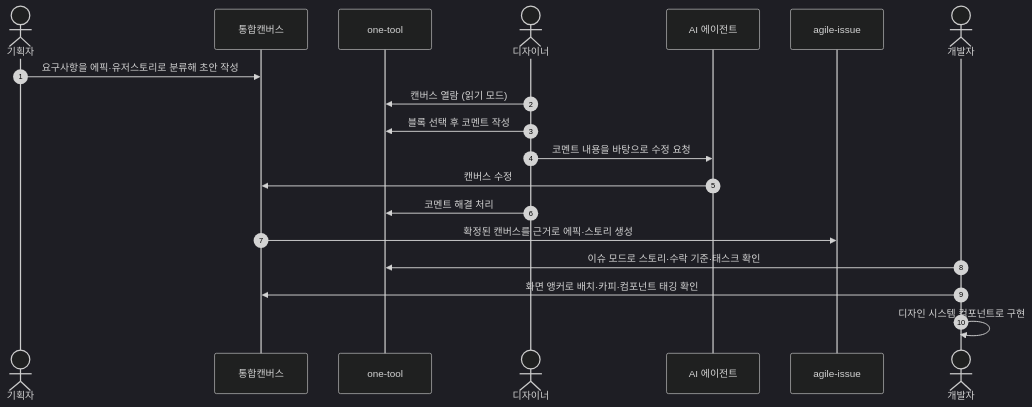
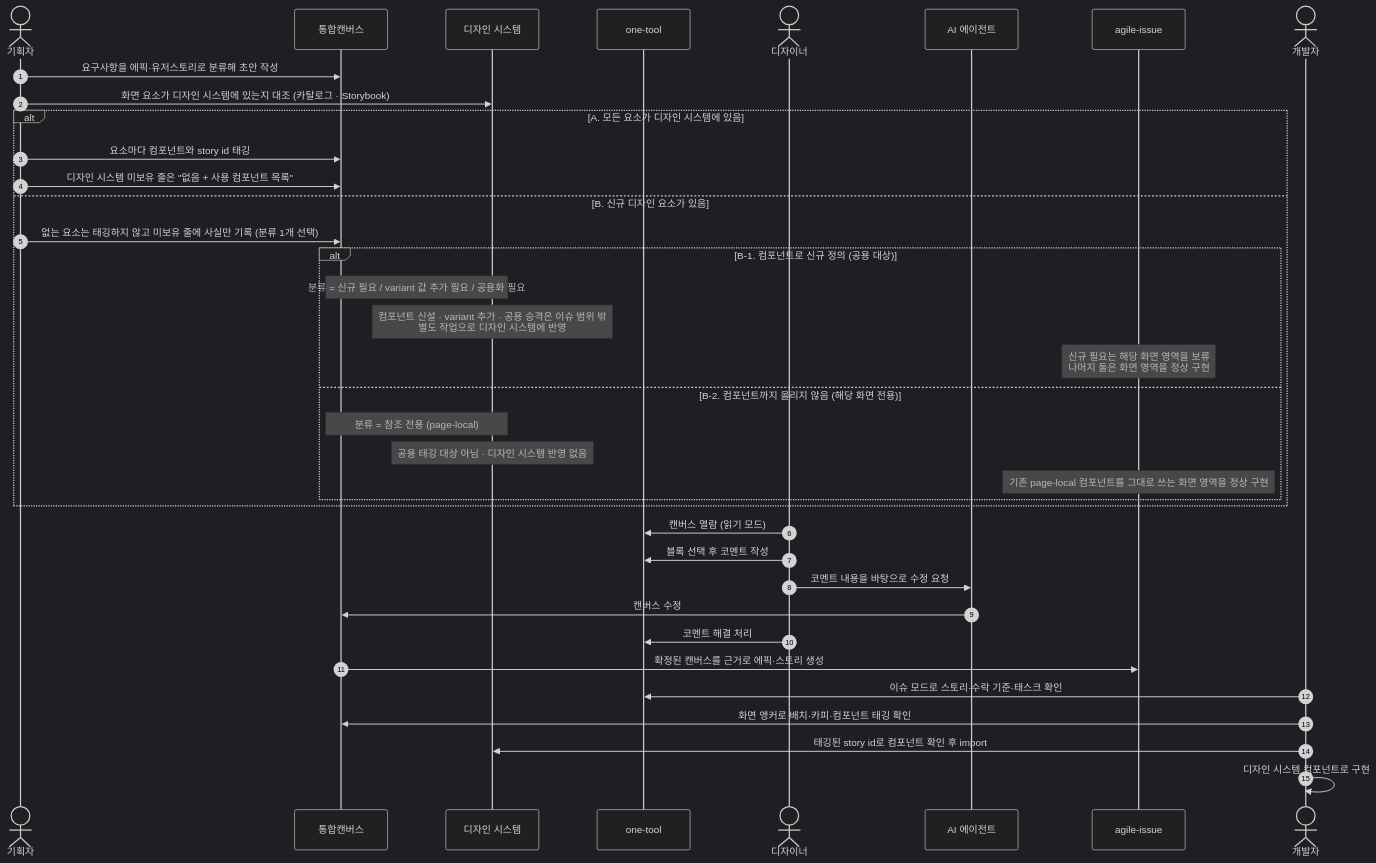
One commit to owalsen/one-canvas-sample changed the second of 6 diagrams in docs/one-canvas-process.md. Above: the diagram before and after it, drawn with Mermaid (dark theme). The commit also changed other lines of this file, not shown here.

Commit message:
docs: 업무 프로세스 시퀀스에 디자인 시스템 대조 분기 반영
기획 단계에서 모든 요소가 디자인 시스템에 있는 경우(A)와 신규 디자인이 있는 경우(B)로 나누고,
B는 컴포넌트로 신규 정의(신규 필요/variant 값 추가 필요/공용화 필요)와 컴포넌트까지 올리지 않음(참조 전용)으로 구분했다.

````diff
--- a/docs/one-canvas-process.md
+++ b/docs/one-canvas-process.md
@@ -31,22 +33,42 @@
 ```mermaid
 sequenceDiagram
     autonumber
     actor P as 기획자
     participant CV as 통합캔버스
+    participant DS as 디자인 시스템
     participant T as one-tool
     actor D as 디자이너
     participant AI as AI 에이전트
     participant IS as agile-issue
     actor DEV as 개발자
 
     P->>CV: 요구사항을 에픽·유저스토리로 분류해 초안 작성
+    P->>DS: 화면 요소가 디자인 시스템에 있는지 대조 (카탈로그 · Storybook)
+
+    alt A. 모든 요소가 디자인 시스템에 있음
+        P->>CV: 요소마다 컴포넌트와 story id 태깅
+        P->>CV: 디자인 시스템 미보유 줄은 "없음 + 사용 컴포넌트 목록"
+    else B. 신규 디자인 요소가 있음
+        P->>CV: 없는 요소는 태깅하지 않고 미보유 줄에 사실만 기록 (분류 1개 선택)
+        alt B-1. 컴포넌트로 신규 정의 (공용 대상)
+            Note over CV,DS: 분류 = 신규 필요 / variant 값 추가 필요 / 공용화 필요
+            Note over DS: 컴포넌트 신설 · variant 추가 · 공용 승격은 이슈 범위 밖<br/>별도 작업으로 디자인 시스템에 반영
+            Note over IS: 신규 필요는 해당 화면 영역을 보류<br/>나머지 둘은 화면 영역을 정상 구현
+        else B-2. 컴포넌트까지 올리지 않음 (해당 화면 전용)
+            Note over CV,DS: 분류 = 참조 전용 (page-local)
+            Note over DS: 공용 태깅 대상 아님 · 디자인 시스템 반영 없음
+            Note over IS: 기존 page-local 컴포넌트를 그대로 쓰는 화면 영역을 정상 구현
+        end
+    end
+
     D->>T: 캔버스 열람 (읽기 모드)
     D->>T: 블록 선택 후 코멘트 작성
     D->>AI: 코멘트 내용을 바탕으로 수정 요청
     AI->>CV: 캔버스 수정
     D->>T: 코멘트 해결 처리
     CV->>IS: 확정된 캔버스를 근거로 에픽·스토리 생성
     DEV->>T: 이슈 모드로 스토리·수락 기준·태스크 확인
     DEV->>CV: 화면 앵커로 배치·카피·컴포넌트 태깅 확인
+    DEV->>DS: 태깅된 story id로 컴포넌트 확인 후 import
     DEV->>DEV: 디자인 시스템 컴포넌트로 구현
 ```
````
